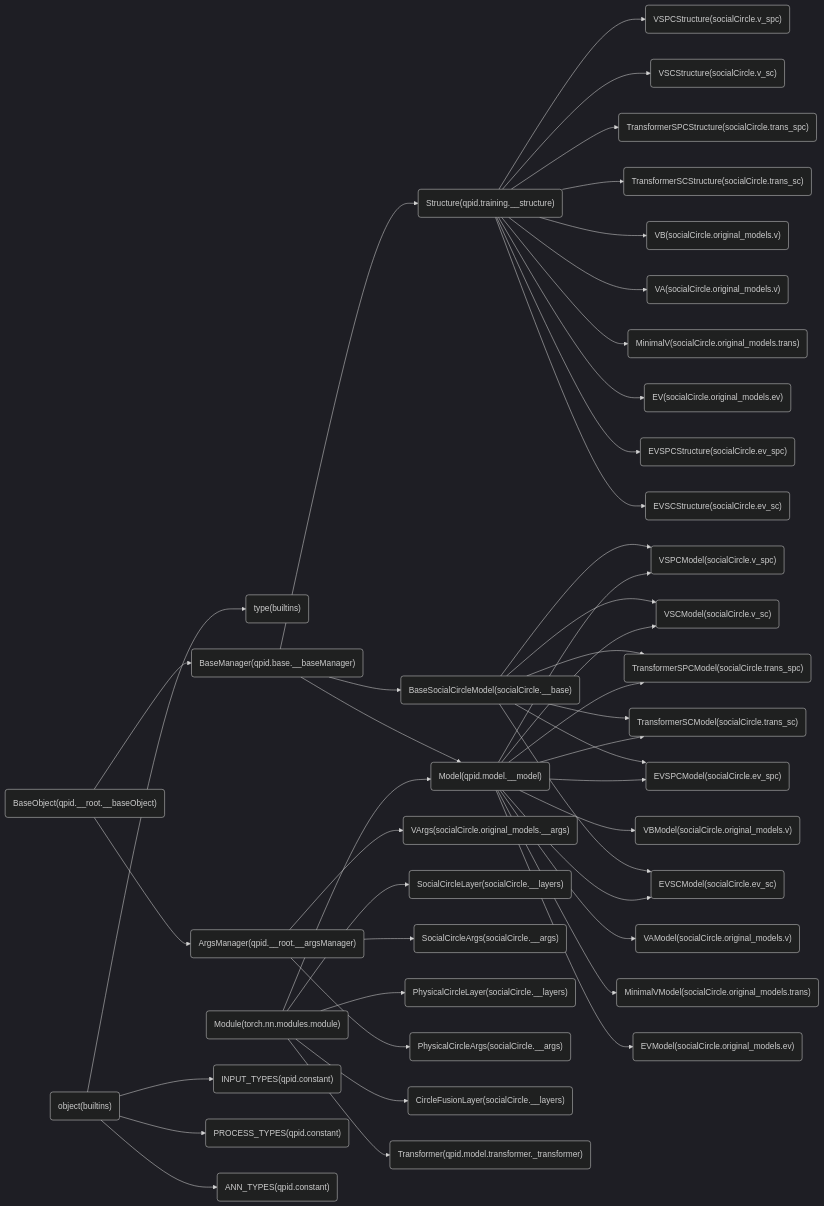
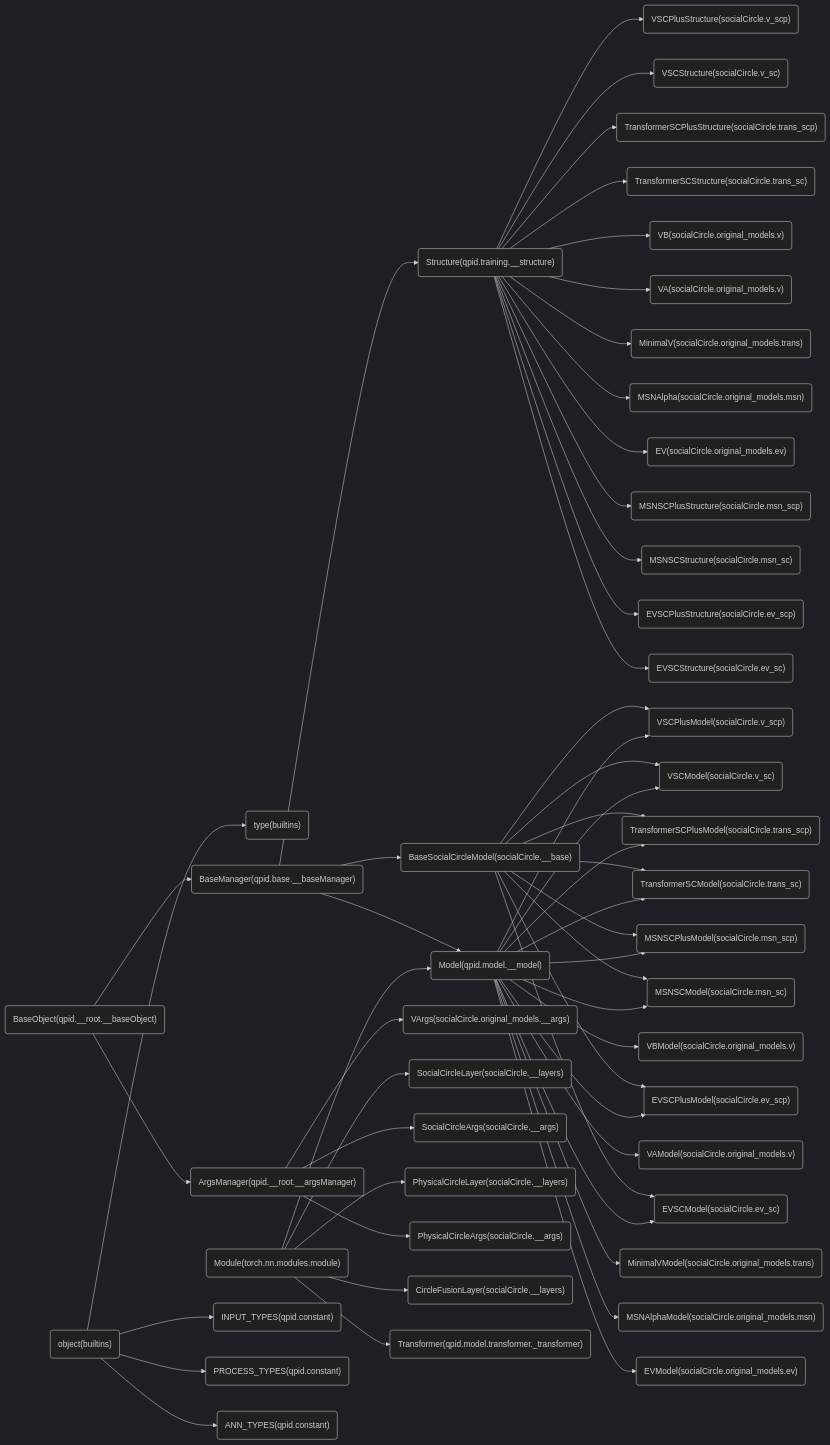
Before and after one commit to NorthOcean/Project-Jocker-Xia: the second of 2 diagrams in classRef.md, drawn with Mermaid (dark theme). The commit also changed 10 other files, not shown here.

````diff
--- a/classRef.md
+++ b/classRef.md
@@ -128,46 +128,54 @@
 ```mermaid
     graph LR
-        qpid.training.__structure_Structure("Structure(qpid.training.__structure)") --> socialCircle.v_spc_VSPCStructure("VSPCStructure(socialCircle.v_spc)")
+        qpid.training.__structure_Structure("Structure(qpid.training.__structure)") --> socialCircle.v_scp_VSCPlusStructure("VSCPlusStructure(socialCircle.v_scp)")
         builtins_object("object(builtins)") --> builtins_type("type(builtins)")
-        qpid.model.__model_Model("Model(qpid.model.__model)") --> socialCircle.v_spc_VSPCModel("VSPCModel(socialCircle.v_spc)")
-        socialCircle.__base_BaseSocialCircleModel("BaseSocialCircleModel(socialCircle.__base)") --> socialCircle.v_spc_VSPCModel("VSPCModel(socialCircle.v_spc)")
+        qpid.model.__model_Model("Model(qpid.model.__model)") --> socialCircle.v_scp_VSCPlusModel("VSCPlusModel(socialCircle.v_scp)")
+        socialCircle.__base_BaseSocialCircleModel("BaseSocialCircleModel(socialCircle.__base)") --> socialCircle.v_scp_VSCPlusModel("VSCPlusModel(socialCircle.v_scp)")
         qpid.__root.__argsManager_ArgsManager("ArgsManager(qpid.__root.__argsManager)") --> socialCircle.original_models.__args_VArgs("VArgs(socialCircle.original_models.__args)")
         qpid.base.__baseManager_BaseManager("BaseManager(qpid.base.__baseManager)") --> qpid.training.__structure_Structure("Structure(qpid.training.__structure)")
         torch.nn.modules.module_Module("Module(torch.nn.modules.module)") --> socialCircle.__layers_SocialCircleLayer("SocialCircleLayer(socialCircle.__layers)")
         qpid.__root.__argsManager_ArgsManager("ArgsManager(qpid.__root.__argsManager)") --> socialCircle.__args_SocialCircleArgs("SocialCircleArgs(socialCircle.__args)")
         torch.nn.modules.module_Module("Module(torch.nn.modules.module)") --> socialCircle.__layers_PhysicalCircleLayer("PhysicalCircleLayer(socialCircle.__layers)")
         qpid.__root.__argsManager_ArgsManager("ArgsManager(qpid.__root.__argsManager)") --> socialCircle.__args_PhysicalCircleArgs("PhysicalCircleArgs(socialCircle.__args)")
         torch.nn.modules.module_Module("Module(torch.nn.modules.module)") --> qpid.model.__model_Model("Model(qpid.model.__model)")
         qpid.base.__baseManager_BaseManager("BaseManager(qpid.base.__baseManager)") --> qpid.model.__model_Model("Model(qpid.model.__model)")
         builtins_object("object(builtins)") --> qpid.constant_INPUT_TYPES("INPUT_TYPES(qpid.constant)")
         torch.nn.modules.module_Module("Module(torch.nn.modules.module)") --> socialCircle.__layers_CircleFusionLayer("CircleFusionLayer(socialCircle.__layers)")
         qpid.base.__baseManager_BaseManager("BaseManager(qpid.base.__baseManager)") --> socialCircle.__base_BaseSocialCircleModel("BaseSocialCircleModel(socialCircle.__base)")
         qpid.training.__structure_Structure("Structure(qpid.training.__structure)") --> socialCircle.v_sc_VSCStructure("VSCStructure(socialCircle.v_sc)")
         qpid.model.__model_Model("Model(qpid.model.__model)") --> socialCircle.v_sc_VSCModel("VSCModel(socialCircle.v_sc)")
         socialCircle.__base_BaseSocialCircleModel("BaseSocialCircleModel(socialCircle.__base)") --> socialCircle.v_sc_VSCModel("VSCModel(socialCircle.v_sc)")
-        qpid.training.__structure_Structure("Structure(qpid.training.__structure)") --> socialCircle.trans_spc_TransformerSPCStructure("TransformerSPCStructure(socialCircle.trans_spc)")
-        qpid.model.__model_Model("Model(qpid.model.__model)") --> socialCircle.trans_spc_TransformerSPCModel("TransformerSPCModel(socialCircle.trans_spc)")
-        socialCircle.__base_BaseSocialCircleModel("BaseSocialCircleModel(socialCircle.__base)") --> socialCircle.trans_spc_TransformerSPCModel("TransformerSPCModel(socialCircle.trans_spc)")
+        qpid.training.__structure_Structure("Structure(qpid.training.__structure)") --> socialCircle.trans_scp_TransformerSCPlusStructure("TransformerSCPlusStructure(socialCircle.trans_scp)")
+        qpid.model.__model_Model("Model(qpid.model.__model)") --> socialCircle.trans_scp_TransformerSCPlusModel("TransformerSCPlusModel(socialCircle.trans_scp)")
+        socialCircle.__base_BaseSocialCircleModel("BaseSocialCircleModel(socialCircle.__base)") --> socialCircle.trans_scp_TransformerSCPlusModel("TransformerSCPlusModel(socialCircle.trans_scp)")
         builtins_object("object(builtins)") --> qpid.constant_PROCESS_TYPES("PROCESS_TYPES(qpid.constant)")
         qpid.training.__structure_Structure("Structure(qpid.training.__structure)") --> socialCircle.trans_sc_TransformerSCStructure("TransformerSCStructure(socialCircle.trans_sc)")
         qpid.model.__model_Model("Model(qpid.model.__model)") --> socialCircle.trans_sc_TransformerSCModel("TransformerSCModel(socialCircle.trans_sc)")
         socialCircle.__base_BaseSocialCircleModel("BaseSocialCircleModel(socialCircle.__base)") --> socialCircle.trans_sc_TransformerSCModel("TransformerSCModel(socialCircle.trans_sc)")
         qpid.model.__model_Model("Model(qpid.model.__model)") --> socialCircle.original_models.v_VBModel("VBModel(socialCircle.original_models.v)")
         qpid.training.__structure_Structure("Structure(qpid.training.__structure)") --> socialCircle.original_models.v_VB("VB(socialCircle.original_models.v)")
         qpid.model.__model_Model("Model(qpid.model.__model)") --> socialCircle.original_models.v_VAModel("VAModel(socialCircle.original_models.v)")
         qpid.training.__structure_Structure("Structure(qpid.training.__structure)") --> socialCircle.original_models.v_VA("VA(socialCircle.original_models.v)")
         torch.nn.modules.module_Module("Module(torch.nn.modules.module)") --> qpid.model.transformer._transformer_Transformer("Transformer(qpid.model.transformer._transformer)")
         builtins_object("object(builtins)") --> qpid.constant_ANN_TYPES("ANN_TYPES(qpid.constant)")
         qpid.model.__model_Model("Model(qpid.model.__model)") --> socialCircle.original_models.trans_MinimalVModel("MinimalVModel(socialCircle.original_models.trans)")
         qpid.training.__structure_Structure("Structure(qpid.training.__structure)") --> socialCircle.original_models.trans_MinimalV("MinimalV(socialCircle.original_models.trans)")
+        qpid.model.__model_Model("Model(qpid.model.__model)") --> socialCircle.original_models.msn_MSNAlphaModel("MSNAlphaModel(socialCircle.original_models.msn)")
+        qpid.training.__structure_Structure("Structure(qpid.training.__structure)") --> socialCircle.original_models.msn_MSNAlpha("MSNAlpha(socialCircle.original_models.msn)")
         qpid.model.__model_Model("Model(qpid.model.__model)") --> socialCircle.original_models.ev_EVModel("EVModel(socialCircle.original_models.ev)")
         qpid.training.__structure_Structure("Structure(qpid.training.__structure)") --> socialCircle.original_models.ev_EV("EV(socialCircle.original_models.ev)")
         qpid.__root.__baseObject_BaseObject("BaseObject(qpid.__root.__baseObject)") --> qpid.__root.__argsManager_ArgsManager("ArgsManager(qpid.__root.__argsManager)")
-        qpid.training.__structure_Structure("Structure(qpid.training.__structure)") --> socialCircle.ev_spc_EVSPCStructure("EVSPCStructure(socialCircle.ev_spc)")
-        qpid.model.__model_Model("Model(qpid.model.__model)") --> socialCircle.ev_spc_EVSPCModel("EVSPCModel(socialCircle.ev_spc)")
-        socialCircle.__base_BaseSocialCircleModel("BaseSocialCircleModel(socialCircle.__base)") --> socialCircle.ev_spc_EVSPCModel("EVSPCModel(socialCircle.ev_spc)")
+        qpid.training.__structure_Structure("Structure(qpid.training.__structure)") --> socialCircle.msn_scp_MSNSCPlusStructure("MSNSCPlusStructure(socialCircle.msn_scp)")
+        qpid.model.__model_Model("Model(qpid.model.__model)") --> socialCircle.msn_scp_MSNSCPlusModel("MSNSCPlusModel(socialCircle.msn_scp)")
+        socialCircle.__base_BaseSocialCircleModel("BaseSocialCircleModel(socialCircle.__base)") --> socialCircle.msn_scp_MSNSCPlusModel("MSNSCPlusModel(socialCircle.msn_scp)")
+        qpid.training.__structure_Structure("Structure(qpid.training.__structure)") --> socialCircle.msn_sc_MSNSCStructure("MSNSCStructure(socialCircle.msn_sc)")
+        qpid.model.__model_Model("Model(qpid.model.__model)") --> socialCircle.msn_sc_MSNSCModel("MSNSCModel(socialCircle.msn_sc)")
+        socialCircle.__base_BaseSocialCircleModel("BaseSocialCircleModel(socialCircle.__base)") --> socialCircle.msn_sc_MSNSCModel("MSNSCModel(socialCircle.msn_sc)")
+        qpid.training.__structure_Structure("Structure(qpid.training.__structure)") --> socialCircle.ev_scp_EVSCPlusStructure("EVSCPlusStructure(socialCircle.ev_scp)")
+        qpid.model.__model_Model("Model(qpid.model.__model)") --> socialCircle.ev_scp_EVSCPlusModel("EVSCPlusModel(socialCircle.ev_scp)")
+        socialCircle.__base_BaseSocialCircleModel("BaseSocialCircleModel(socialCircle.__base)") --> socialCircle.ev_scp_EVSCPlusModel("EVSCPlusModel(socialCircle.ev_scp)")
         qpid.training.__structure_Structure("Structure(qpid.training.__structure)") --> socialCircle.ev_sc_EVSCStructure("EVSCStructure(socialCircle.ev_sc)")
         qpid.model.__model_Model("Model(qpid.model.__model)") --> socialCircle.ev_sc_EVSCModel("EVSCModel(socialCircle.ev_sc)")
         socialCircle.__base_BaseSocialCircleModel("BaseSocialCircleModel(socialCircle.__base)") --> socialCircle.ev_sc_EVSCModel("EVSCModel(socialCircle.ev_sc)")
         qpid.__root.__baseObject_BaseObject("BaseObject(qpid.__root.__baseObject)") --> qpid.base.__baseManager_BaseManager("BaseManager(qpid.base.__baseManager)")
 ```
````
